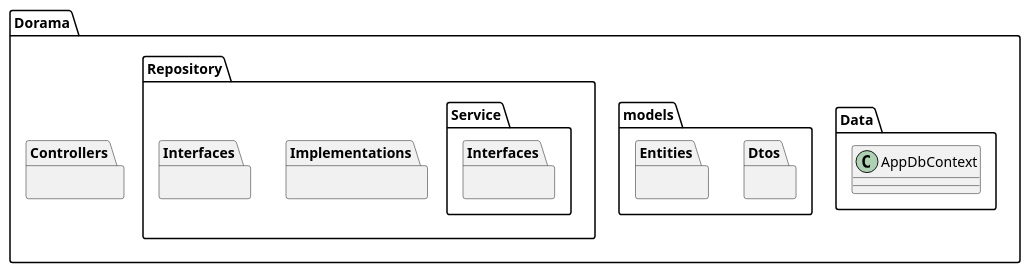
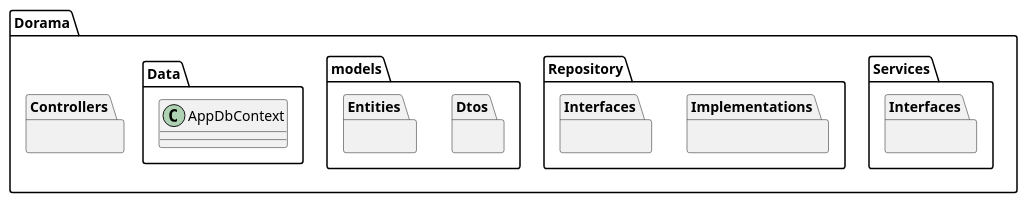
The diagram in Trab1-PS/diagramas/diagramas_plantuml/diagrama_de_projeto.plantuml (KaioHenr/Trab1-PS), drawn with PlantUML before and after one commit.

```diff
--- a/Trab1-PS/diagramas/diagramas_plantuml/diagrama_de_projeto.plantuml
+++ b/Trab1-PS/diagramas/diagramas_plantuml/diagrama_de_projeto.plantuml
@@ -1,43 +1,52 @@
 @startuml
 package Dorama {
 
-        package Controllers {
+      package Services {
+                package Interfaces {
        
-        }
-        
-        
-        package Data {
-        class AppDbContext 
-        }
-        package models {
-                package Dtos {
-       
-}
-                package Entities {
-        
-            }
-        
+}       
 
        
        
         }
 
         package Repository{
         
         package Implementations{
         
         
         }
         package Interfaces{
      
         
         }
+}
 
-        package Service{
+        package models {
+                package Dtos {
+       
+}
+                package Entities {
         
-        package Interfaces{
-     
+            }
+        
+
+       
+       
         }
+
+        package Data {
+        class AppDbContext 
+        }
+
+
+
+
+        package Controllers {
+       
+        }
+        
+               
         
 }
 @enduml
```
